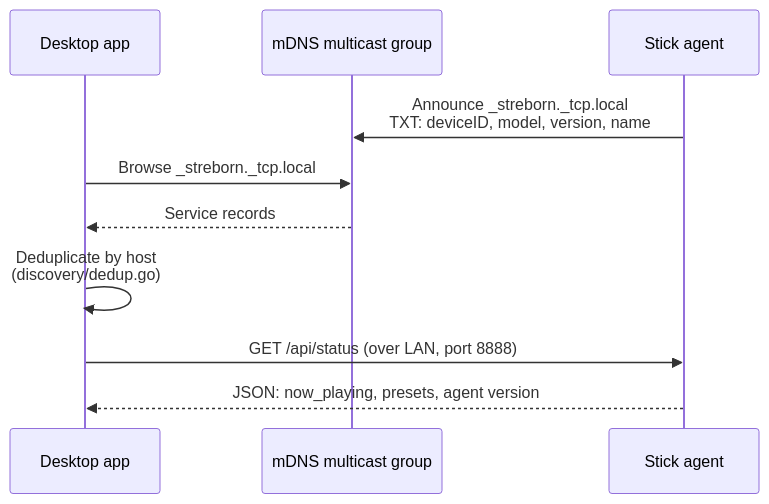
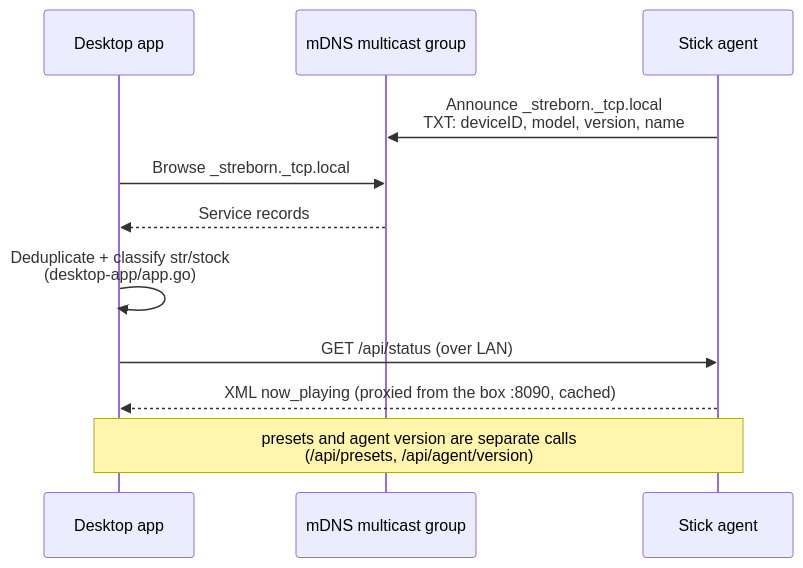
Before and after one commit to JRpersonal/streborn: the second of 9 diagrams in docs/ARCHITECTURE.md, drawn with Mermaid. The commit also changed other lines of this file and 10 other files, not shown here.

````diff
--- a/docs/ARCHITECTURE.md
+++ b/docs/ARCHITECTURE.md
@@ -140,12 +150,13 @@
 ```mermaid
 sequenceDiagram
   participant App as Desktop app
   participant Net as mDNS multicast group
   participant Agent as Stick agent
   Agent->>Net: Announce _streborn._tcp.local<br/>TXT: deviceID, model, version, name
   App->>Net: Browse _streborn._tcp.local
   Net-->>App: Service records
-  App->>App: Deduplicate by host<br/>(discovery/dedup.go)
-  App->>Agent: GET /api/status (over LAN, port 8888)
-  Agent-->>App: JSON: now_playing, presets, agent version
+  App->>App: Deduplicate + classify str/stock<br/>(desktop-app/app.go)
+  App->>Agent: GET /api/status (over LAN)
+  Agent-->>App: XML now_playing (proxied from the box :8090, cached)
+  Note over App,Agent: presets and agent version are separate calls<br/>(/api/presets, /api/agent/version)
 ```
````
